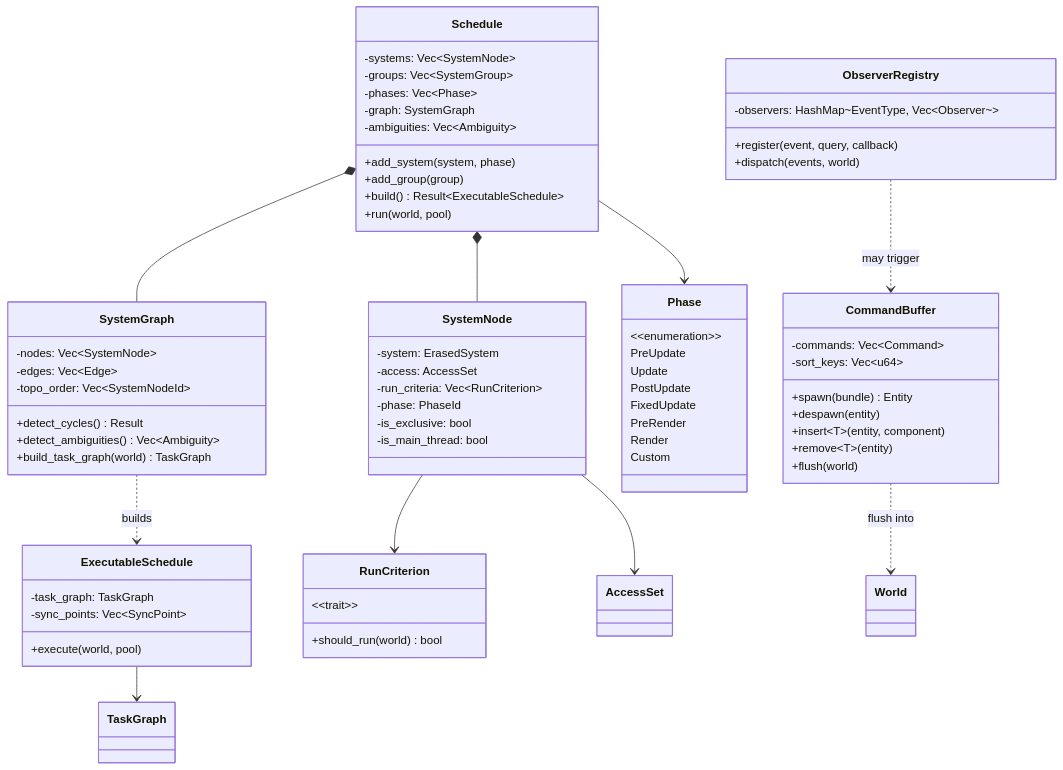
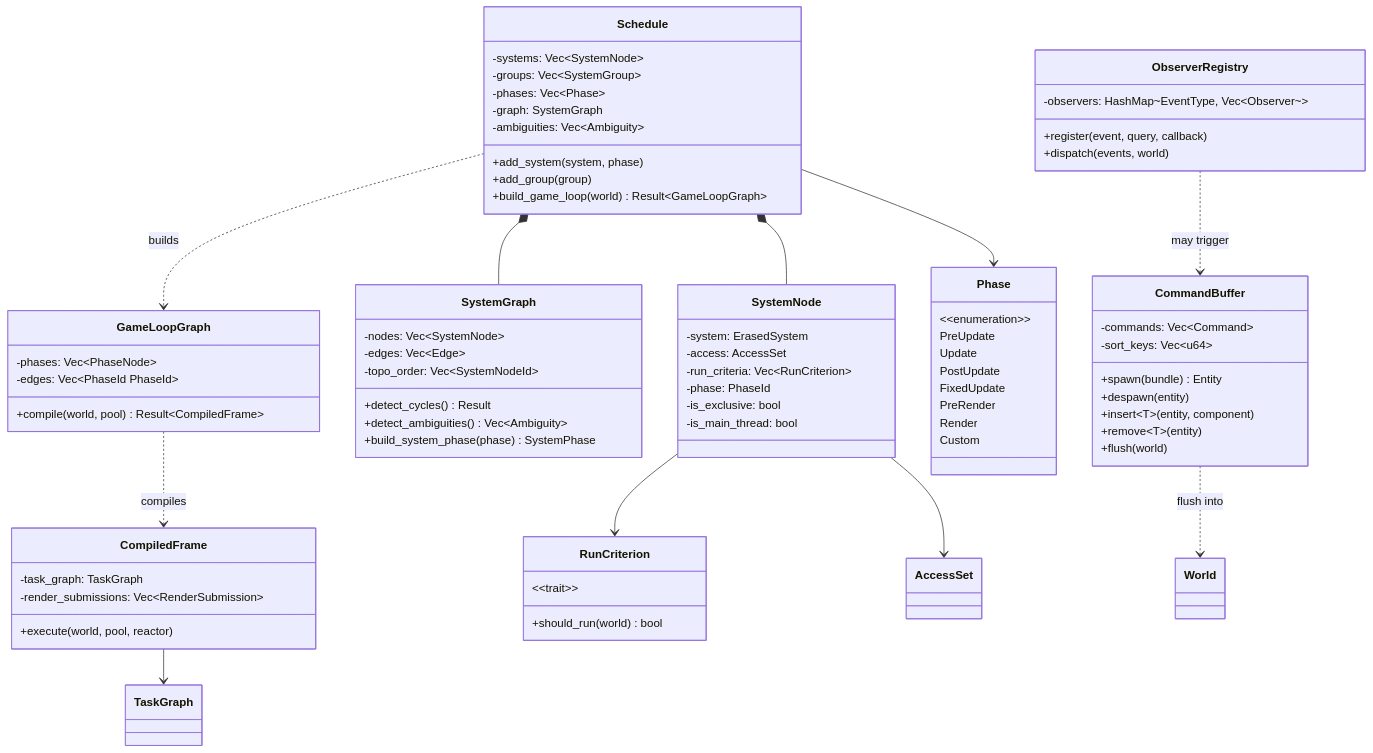
One commit to harmonius-dev/harmonius changed the fourth of 9 diagrams in docs/design/core-runtime/ecs.md. Above: the diagram before and after it, drawn with Mermaid. The commit also changed other lines of this file and 375 other files, not shown here.

````diff
--- a/docs/design/core-runtime/ecs.md
+++ b/docs/design/core-runtime/ecs.md
@@ -411,8 +415,7 @@
         -ambiguities: Vec~Ambiguity~
         +add_system(system, phase)
         +add_group(group)
-        +build() Result~ExecutableSchedule~
-        +run(world, pool)
+        +build_game_loop(world) Result~GameLoopGraph~
     }
 
     class SystemNode {
@@ -430,13 +433,19 @@
         -topo_order: Vec~SystemNodeId~
         +detect_cycles() Result
         +detect_ambiguities() Vec~Ambiguity~
-        +build_task_graph(world) TaskGraph
+        +build_system_phase(phase) SystemPhase
     }
 
-    class ExecutableSchedule {
+    class GameLoopGraph {
+        -phases: Vec~PhaseNode~
+        -edges: Vec~PhaseId PhaseId~
+        +compile(world, pool) Result~CompiledFrame~
+    }
+
+    class CompiledFrame {
         -task_graph: TaskGraph
-        -sync_points: Vec~SyncPoint~
-        +execute(world, pool)
+        -render_submissions: Vec~RenderSubmission~
+        +execute(world, pool, reactor)
     }
 
     class Phase {
@@ -476,8 +485,9 @@
     Schedule --> Phase
     SystemNode --> AccessSet
     SystemNode --> RunCriterion
-    SystemGraph ..> ExecutableSchedule : builds
-    ExecutableSchedule --> TaskGraph
+    Schedule ..> GameLoopGraph : builds
+    GameLoopGraph ..> CompiledFrame : compiles
+    CompiledFrame --> TaskGraph
     CommandBuffer ..> World : flush into
     ObserverRegistry ..> CommandBuffer : may trigger
 ```
````
